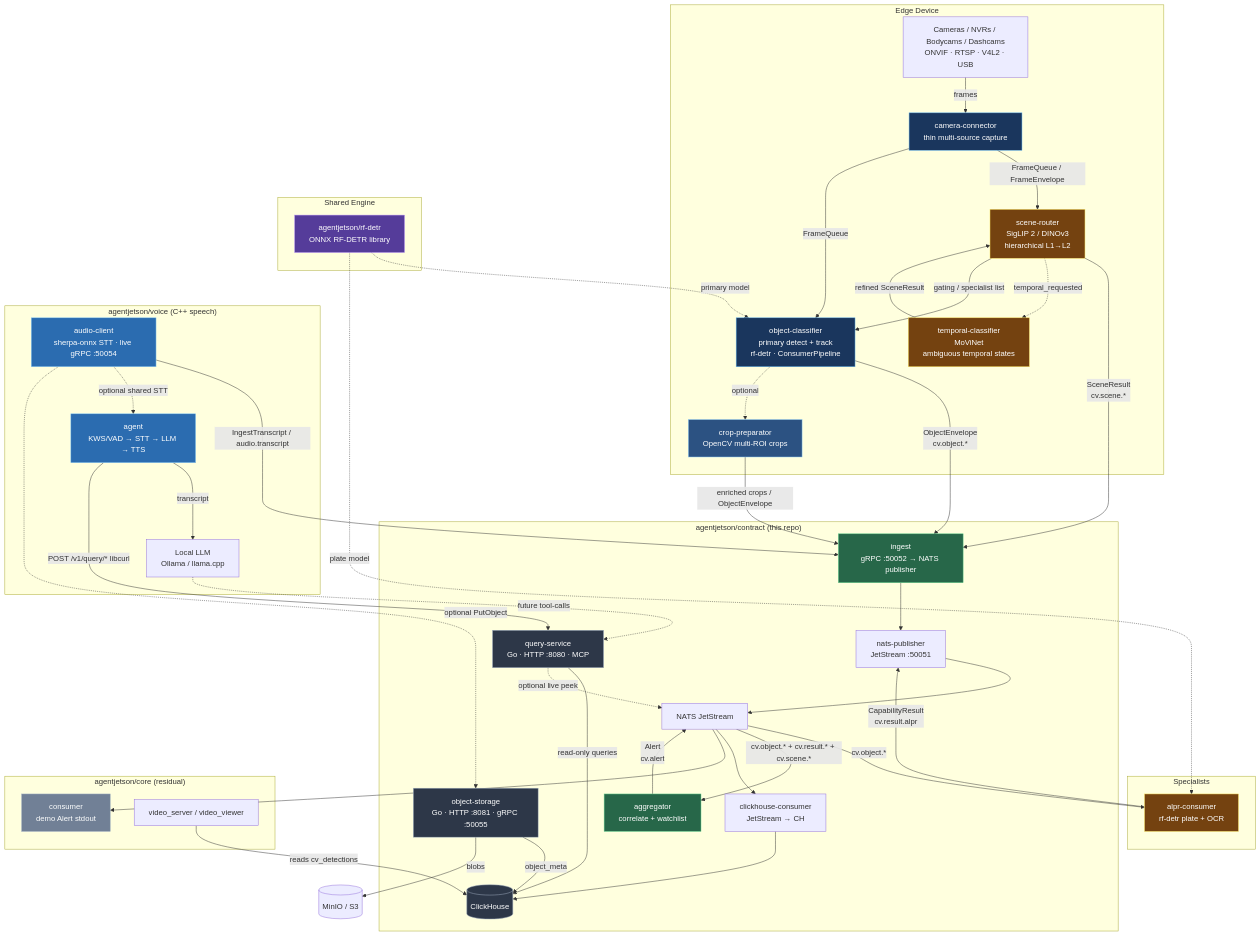
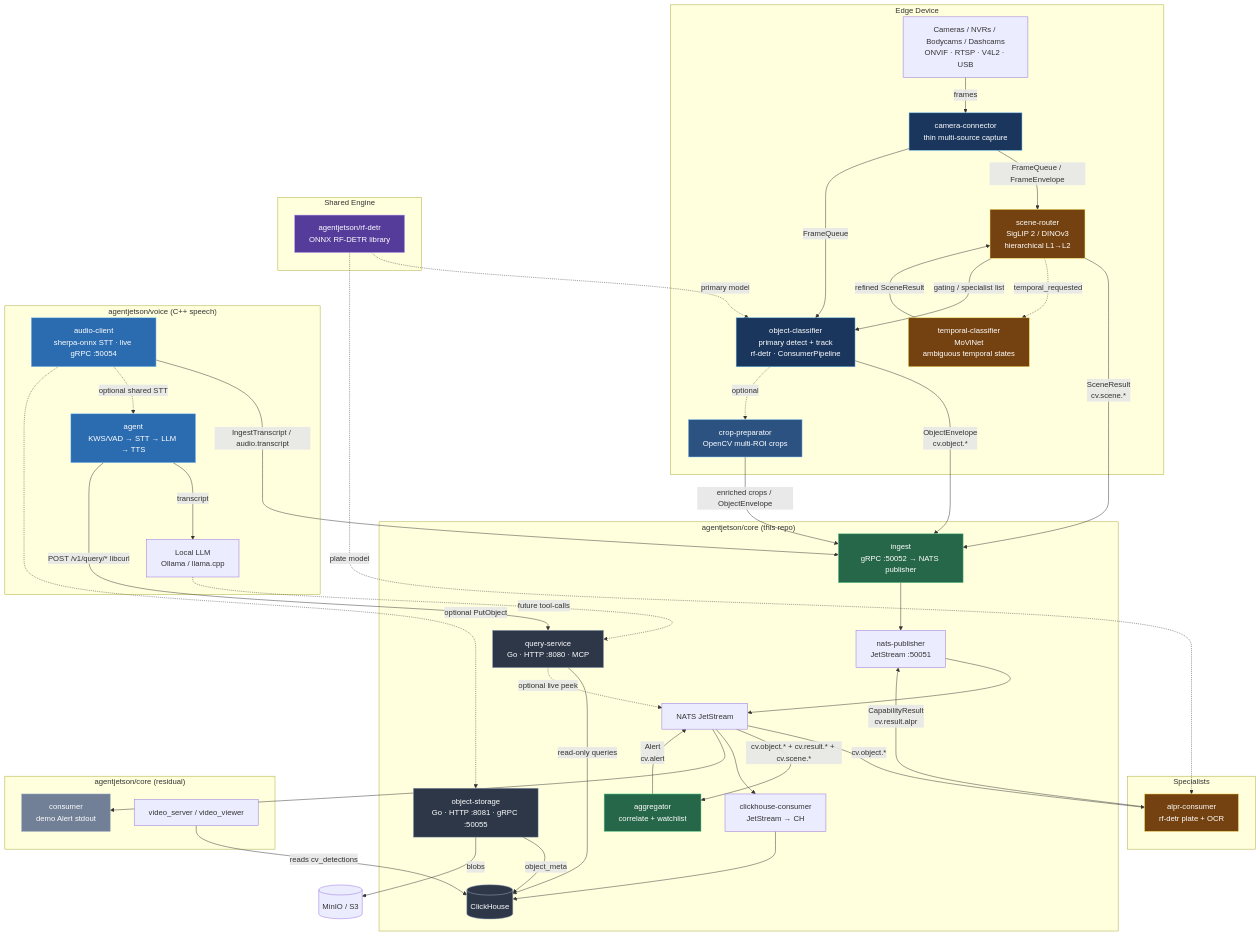
The diagram in ARCHITECTURE.md (agentjetson/contract), drawn with Mermaid before and after one commit. The commit also changed 47 other files, not shown here.

```diff
--- a/ARCHITECTURE.md
+++ b/ARCHITECTURE.md
@@ -11,7 +11,7 @@
 CP[crop-preparator<br/>OpenCV multi-ROI crops]
 end
 
-subgraph Contract["agentjetson/contract (this repo)"]
+subgraph Contract["agentjetson/core (this repo)"]
 ING[ingest<br/>gRPC :50052 → NATS publisher]
 NP[nats-publisher<br/>JetStream :50051]
 AGG[aggregator<br/>correlate + watchlist]
```
